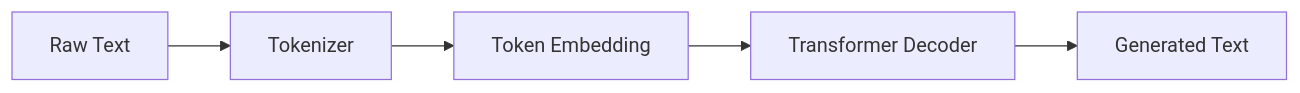
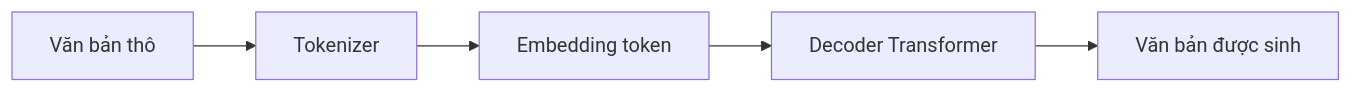
One commit to cycler04/VinRobotics-VLA changed the first of 7 diagrams in docs/research_finding/01-gwen/broad_overview/LLM_VLM/llm_vlm_difference.md. Above: the diagram before and after it, drawn with Mermaid. The commit also changed other lines of this file and 79 other files, not shown here.

````diff
--- a/docs/research_finding/01-gwen/broad_overview/LLM_VLM/llm_vlm_difference.md
+++ b/docs/research_finding/01-gwen/broad_overview/LLM_VLM/llm_vlm_difference.md
@@ -9,7 +9,7 @@
 ```mermaid
 flowchart LR
-    T[Raw Text] --> TK[Tokenizer]
-    TK --> E[Token Embedding]
-    E --> LLM[Transformer Decoder]
-    LLM --> O[Generated Text]
+    T[Văn bản thô] --> TK[Tokenizer]
+    TK --> E[Embedding token]
+    E --> LLM[Decoder Transformer]
+    LLM --> O[Văn bản được sinh]
 ```
````
